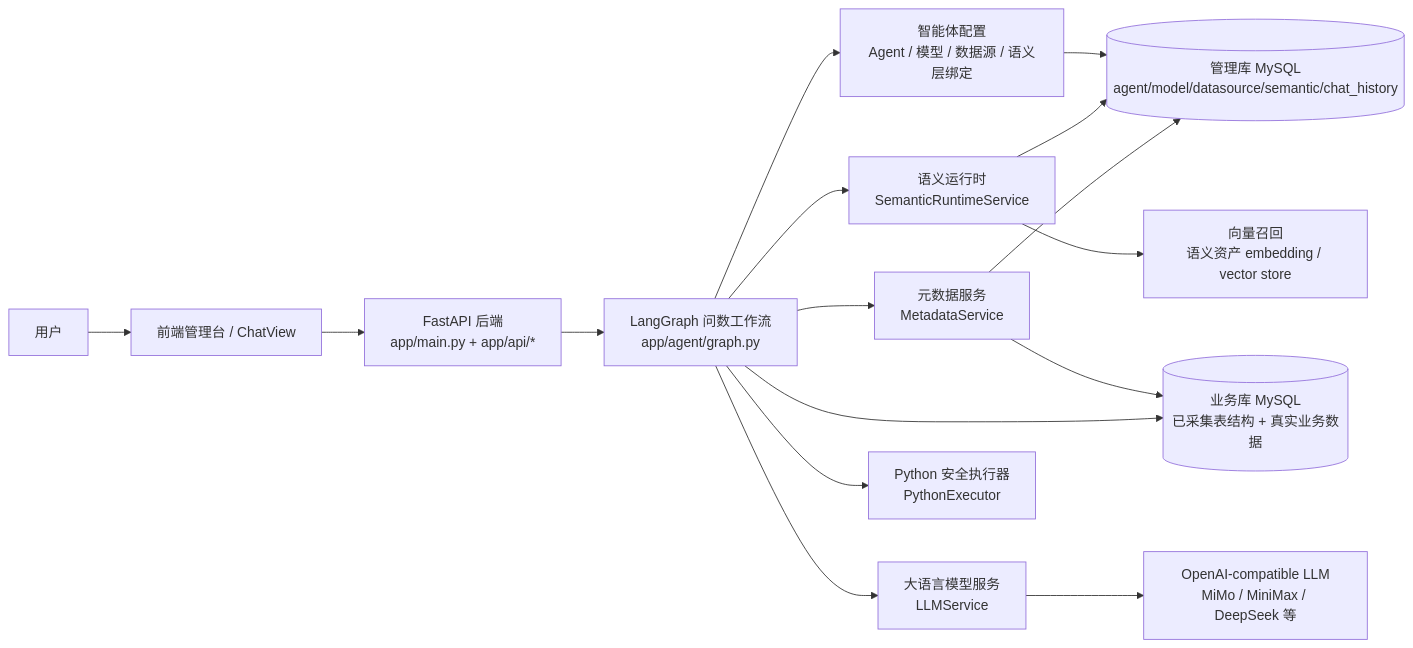
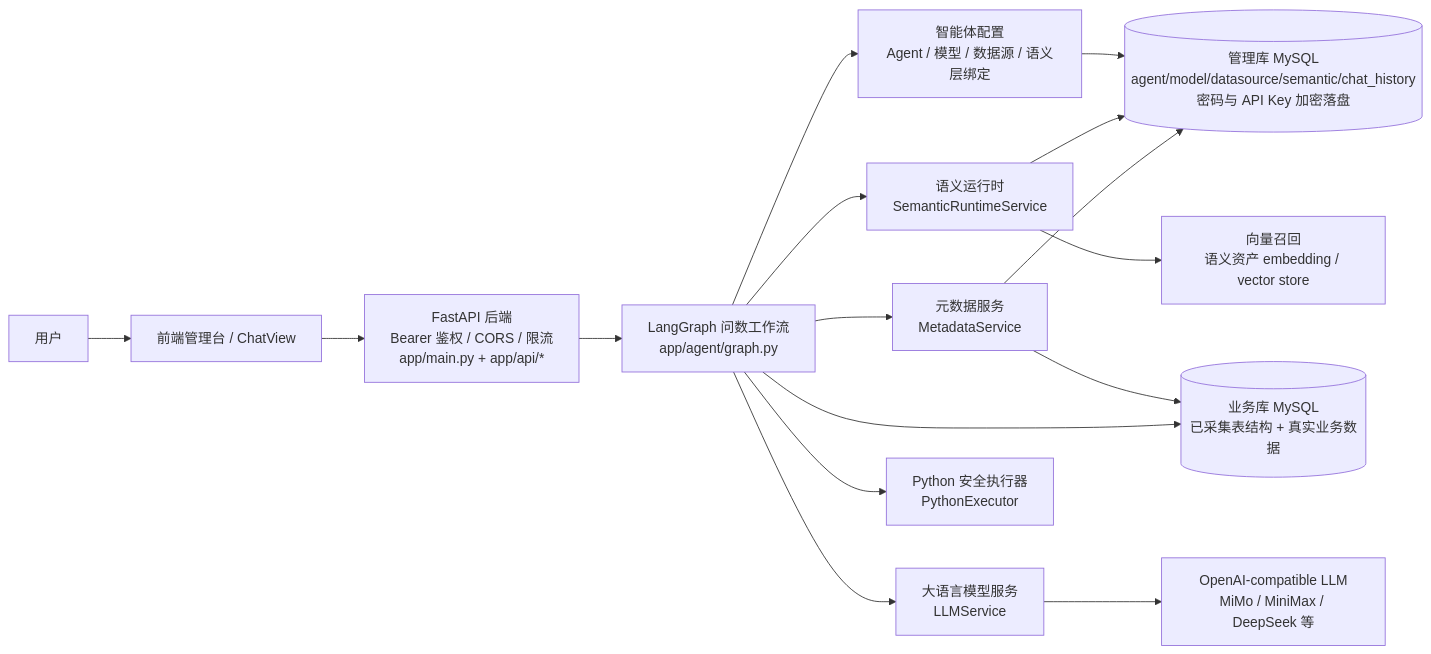
The first of 7 diagrams in docs/project-design.md (TtonyLiang/data-agent), drawn with Mermaid before and after one commit. The commit also changed other lines of this file and 54 other files, not shown here.

````diff
--- a/docs/project-design.md
+++ b/docs/project-design.md
@@ -19,21 +19,21 @@
 ```mermaid
 flowchart LR
   U["用户"] --> FE["前端管理台 / ChatView"]
 
-  FE --> API["FastAPI 后端<br/>app/main.py + app/api/*"]
+  FE --> API["FastAPI 后端<br/>Bearer 鉴权 / CORS / 限流<br/>app/main.py + app/api/*"]
   API --> GRAPH["LangGraph 问数工作流<br/>app/agent/graph.py"]
 
   GRAPH --> AGENT["智能体配置<br/>Agent / 模型 / 数据源 / 语义层绑定"]
   GRAPH --> SEM["语义运行时<br/>SemanticRuntimeService"]
   GRAPH --> META["元数据服务<br/>MetadataService"]
   GRAPH --> LLM["大语言模型服务<br/>LLMService"]
   GRAPH --> EXEC["Python 安全执行器<br/>PythonExecutor"]
 
-  AGENT --> MGMT[("管理库 MySQL<br/>agent/model/datasource/semantic/chat_history")]
+  AGENT --> MGMT[("管理库 MySQL<br/>agent/model/datasource/semantic/chat_history<br/>密码与 API Key 加密落盘")]
   SEM --> MGMT
   META --> MGMT
   META --> BIZ[("业务库 MySQL<br/>已采集表结构 + 真实业务数据")]
   GRAPH --> BIZ
   LLM --> LLMAPI["OpenAI-compatible LLM<br/>MiMo / MiniMax / DeepSeek 等"]
   SEM --> VEC["向量召回<br/>语义资产 embedding / vector store"]
 ```
````
